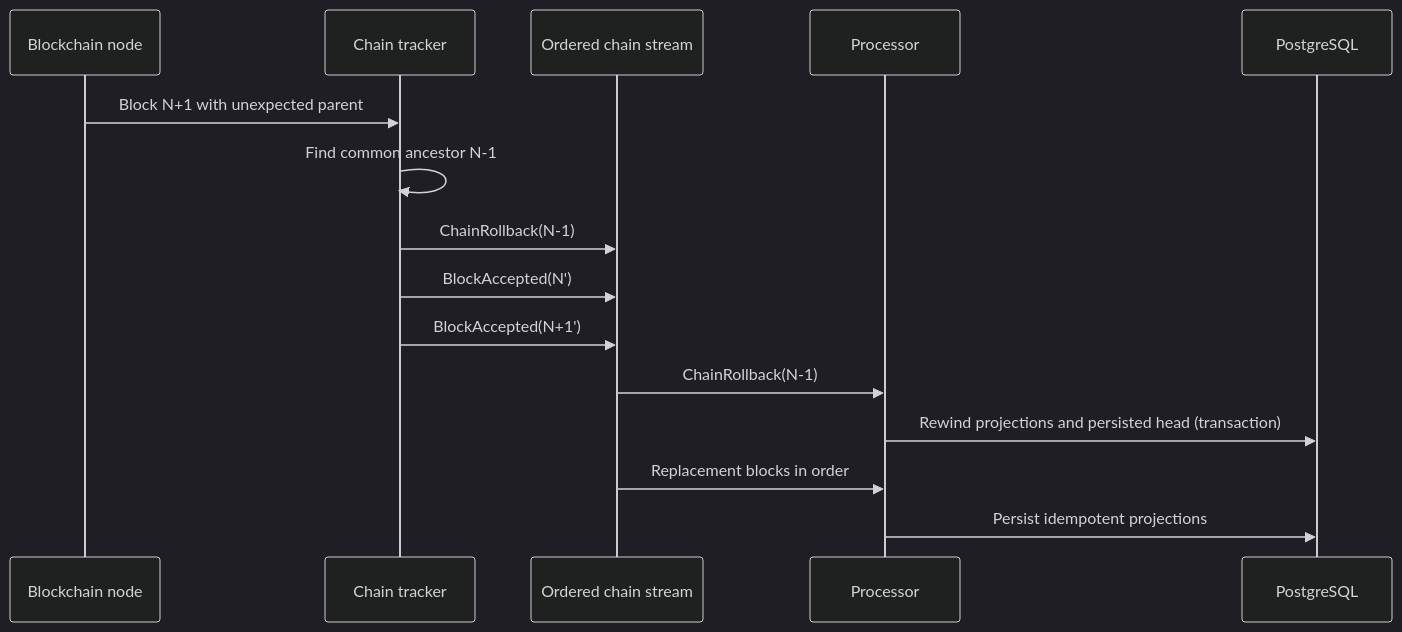
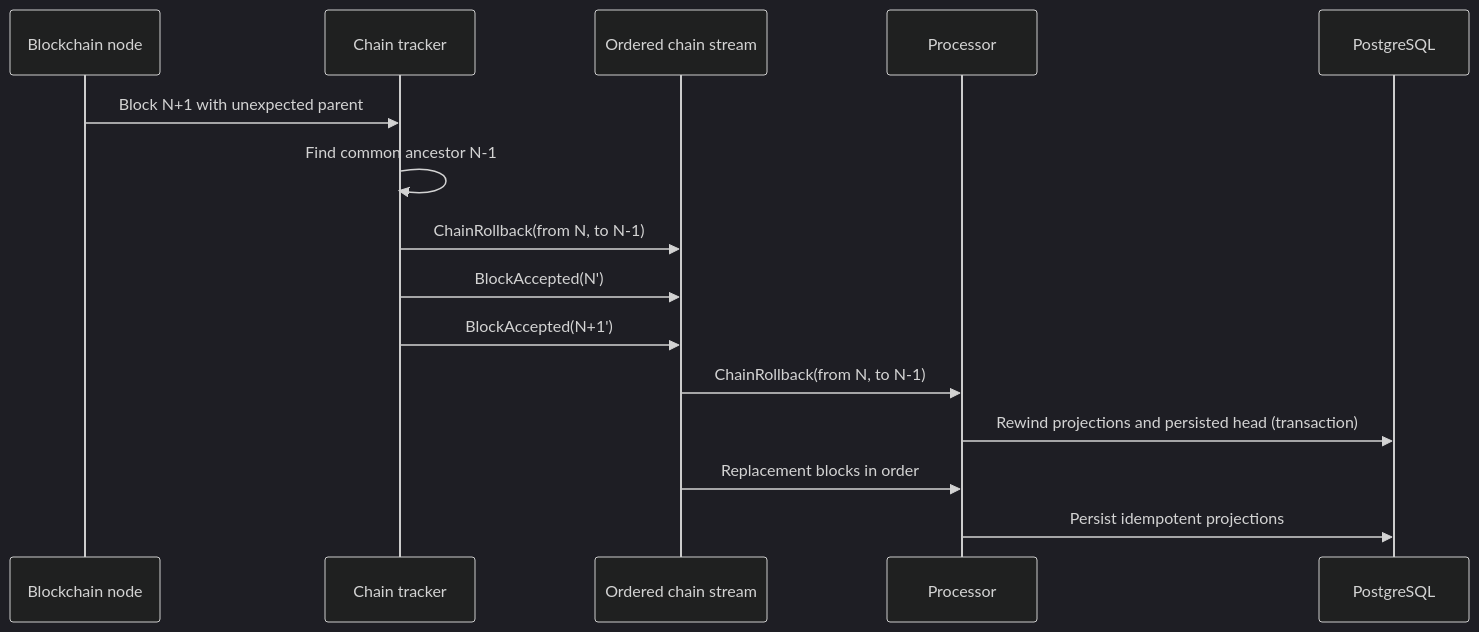
One commit to Slymaster/blockchain-indexer-architecture-case-study changed the second of 2 diagrams in README.md. Above: the diagram before and after it, drawn with Mermaid (dark theme). The commit also changed other lines of this file, not shown here.

````diff
--- a/README.md
+++ b/README.md
@@ -80,18 +89,18 @@
 ```mermaid
 sequenceDiagram
     participant Node as Blockchain node
     participant Ingest as Chain tracker
     participant Kafka as Ordered chain stream
     participant Proc as Processor
     participant DB as PostgreSQL
 
     Node->>Ingest: Block N+1 with unexpected parent
     Ingest->>Ingest: Find common ancestor N-1
-    Ingest->>Kafka: ChainRollback(N-1)
+    Ingest->>Kafka: ChainRollback(from N, to N-1)
     Ingest->>Kafka: BlockAccepted(N')
     Ingest->>Kafka: BlockAccepted(N+1')
-    Kafka->>Proc: ChainRollback(N-1)
+    Kafka->>Proc: ChainRollback(from N, to N-1)
     Proc->>DB: Rewind projections and persisted head (transaction)
     Kafka->>Proc: Replacement blocks in order
     Proc->>DB: Persist idempotent projections
 ```
````
